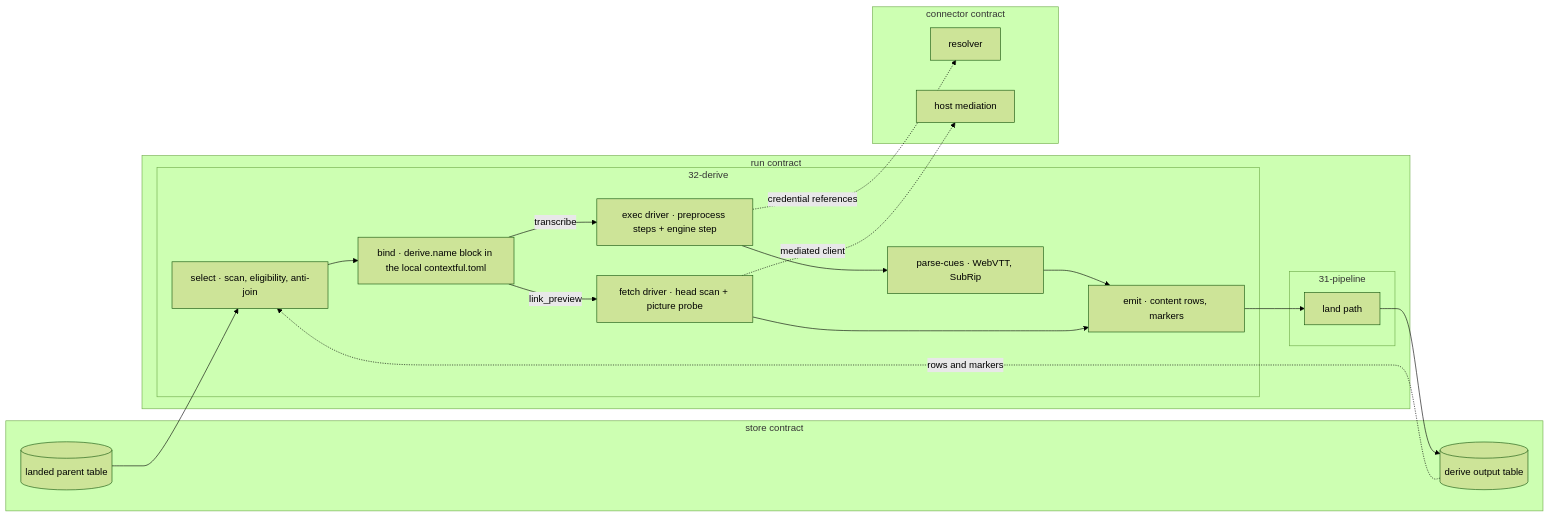
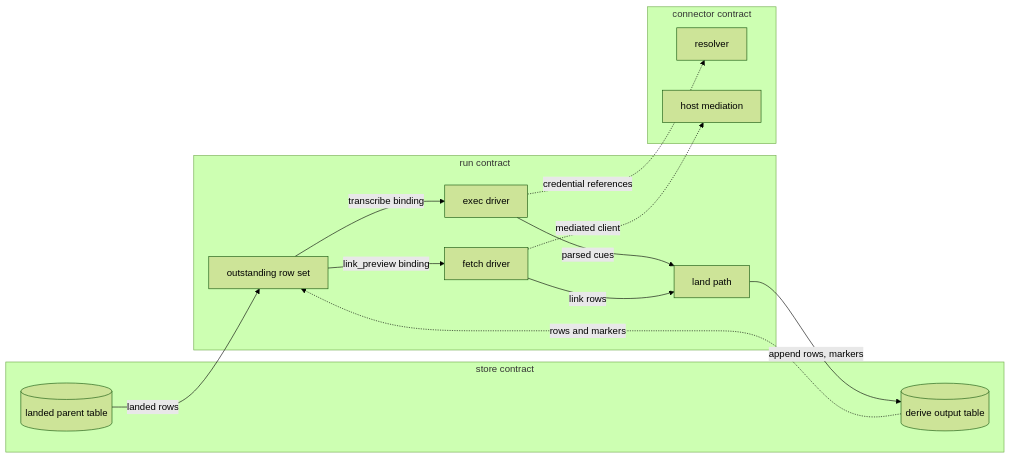
One commit to fractalboxdev/contextful changed the first of 4 diagrams in spec/32-derive.md. Above: the diagram before and after it, drawn with Mermaid (forest theme). The commit also changed other lines of this file and 44 other files, not shown here.

First line of the commit message:
spec: diagrams draw entities and flows, and the checker enforces it (#12)

````diff
--- a/spec/32-derive.md
+++ b/spec/32-derive.md
@@ -22,36 +22,26 @@
 ```mermaid
 flowchart LR
   subgraph STORE["store contract"]
     PT[("landed parent table")]
     OUT[("derive output table")]
   end
   subgraph RUNC["run contract"]
-    subgraph DER["32-derive"]
-      SEL["select · scan, eligibility, anti-join"]
-      BIND["bind · derive.name block in the local contextful.toml"]
-      EXEC["exec driver · preprocess steps + engine step"]
-      FETCH["fetch driver · head scan + picture probe"]
-      PC["parse-cues · WebVTT, SubRip"]
-      EMIT["emit · content rows, markers"]
-    end
-    subgraph PIPE["31-pipeline"]
-      LAND["land path"]
-    end
+    SEL["outstanding row set"]
+    EXEC["exec driver"]
+    FETCH["fetch driver"]
+    LAND["land path"]
   end
   subgraph CONN["connector contract"]
     RES["resolver"]
     MED["host mediation"]
   end
-  PT --> SEL
+  PT -->|"landed rows"| SEL
   OUT -.->|"rows and markers"| SEL
-  SEL --> BIND
-  BIND -->|transcribe| EXEC
-  BIND -->|link_preview| FETCH
-  EXEC --> PC
-  PC --> EMIT
-  FETCH --> EMIT
-  EMIT --> LAND
-  LAND --> OUT
+  SEL -->|"transcribe binding"| EXEC
+  SEL -->|"link_preview binding"| FETCH
+  EXEC -->|"parsed cues"| LAND
+  FETCH -->|"link rows"| LAND
+  LAND -->|"append rows, markers"| OUT
   EXEC -.->|"credential references"| RES
   FETCH -.->|"mediated client"| MED
 ```
````
